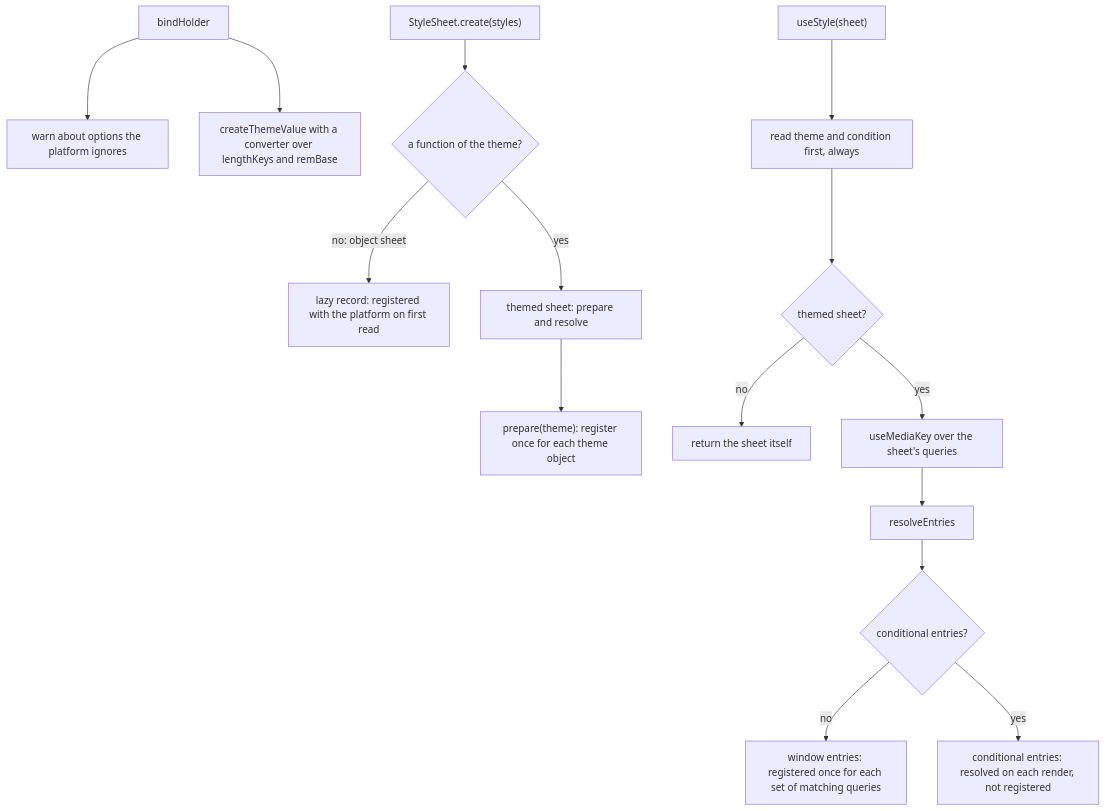
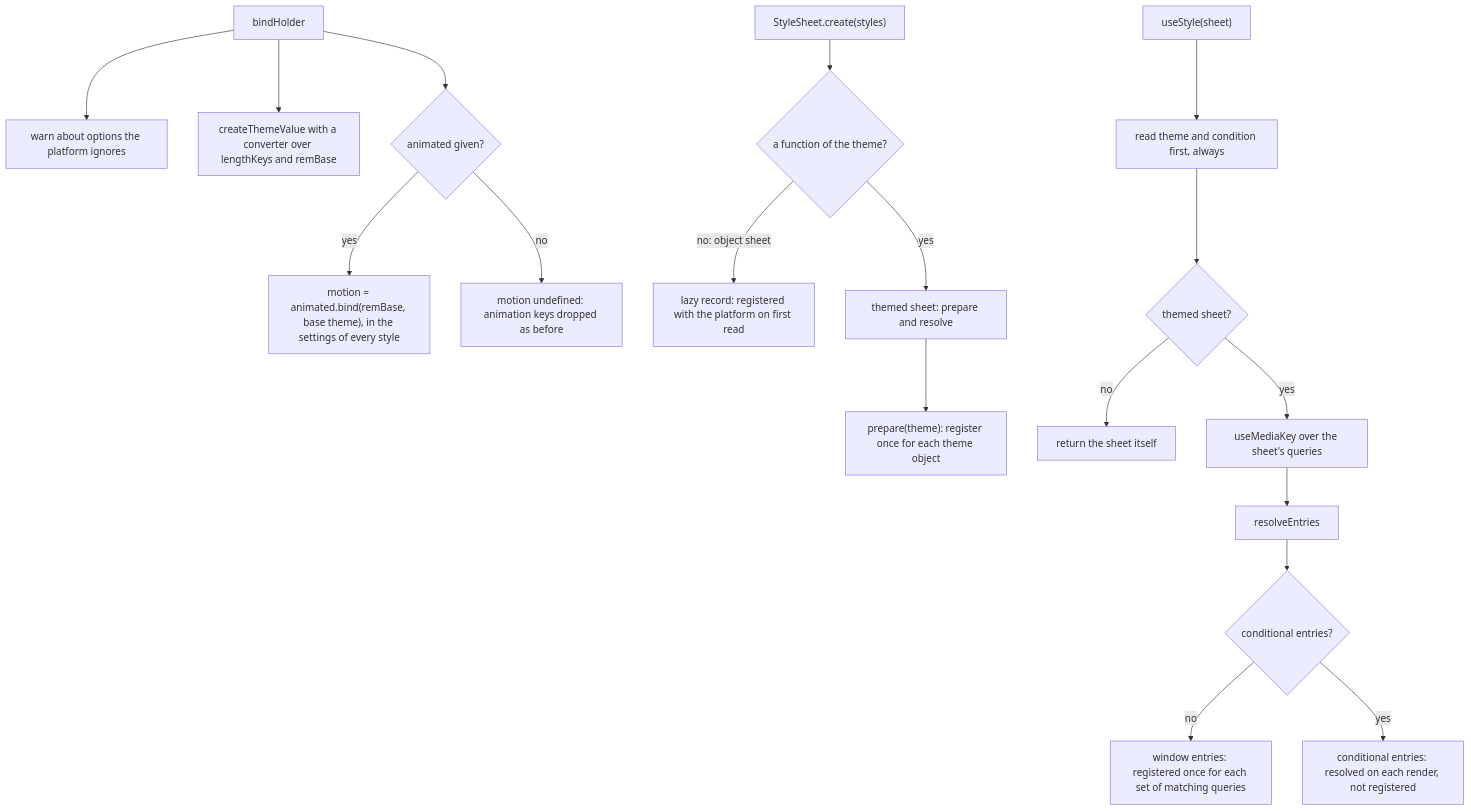
Before and after one commit to soroush-tech/umber-style: the diagram in packages/react-native/src/createStyle.md, drawn with Mermaid. The commit also changed other lines of this file and 93 other files, not shown here.

Commit message:
feat(react-native): animations and transitions run on React Native through react-native-reanimated from the animated entry, and every package is at 0.5.0 - #43

````diff
--- a/packages/react-native/src/createStyle.md
+++ b/packages/react-native/src/createStyle.md
@@ -19,17 +21,20 @@
 ```mermaid
 flowchart TD
   bind["bindHolder"] --> warn["warn about options the platform ignores"]
   bind --> tv["createThemeValue with a converter over lengthKeys and remBase"]
+  bind --> motionQ{"animated given?"}
+  motionQ -->|"yes"| motionNode["motion = animated.bind(remBase, base theme), in the settings of every style"]
+  motionQ -->|"no"| noMotion["motion undefined: animation keys dropped as before"]
   create["StyleSheet.create(styles)"] --> fn{"a function of the theme?"}
   fn -->|"no: object sheet"| lazy["lazy record: registered with the platform on first read"]
   fn -->|"yes"| themed["themed sheet: prepare and resolve"]
   themed --> prep["prepare(theme): register once for each theme object"]
   use["useStyle(sheet)"] --> ctx["read theme and condition first, always"]
   ctx --> isT{"themed sheet?"}
   isT -->|"no"| same["return the sheet itself"]
   isT -->|"yes"| key["useMediaKey over the sheet's queries"]
   key --> res["resolveEntries"]
   res --> cond{"conditional entries?"}
   cond -->|"no"| win["window entries: registered once for each set of matching queries"]
   cond -->|"yes"| fresh["conditional entries: resolved on each render, not registered"]
 ```
````
